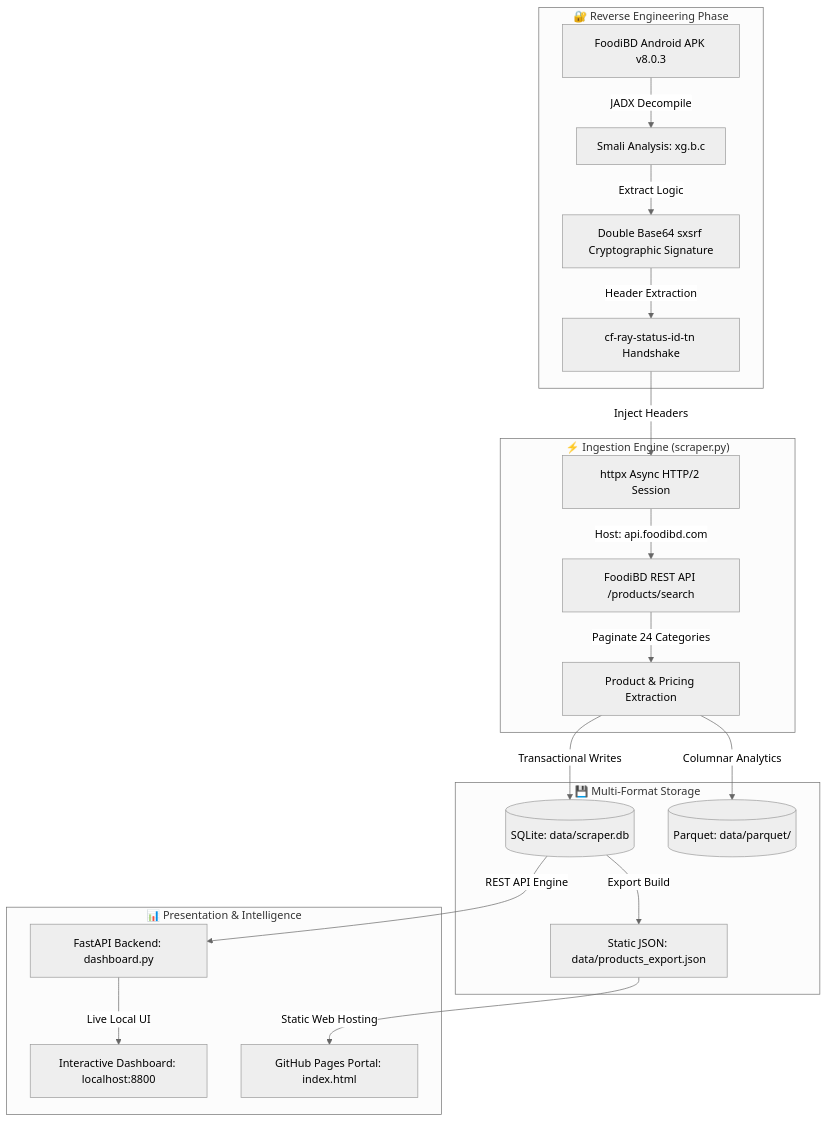
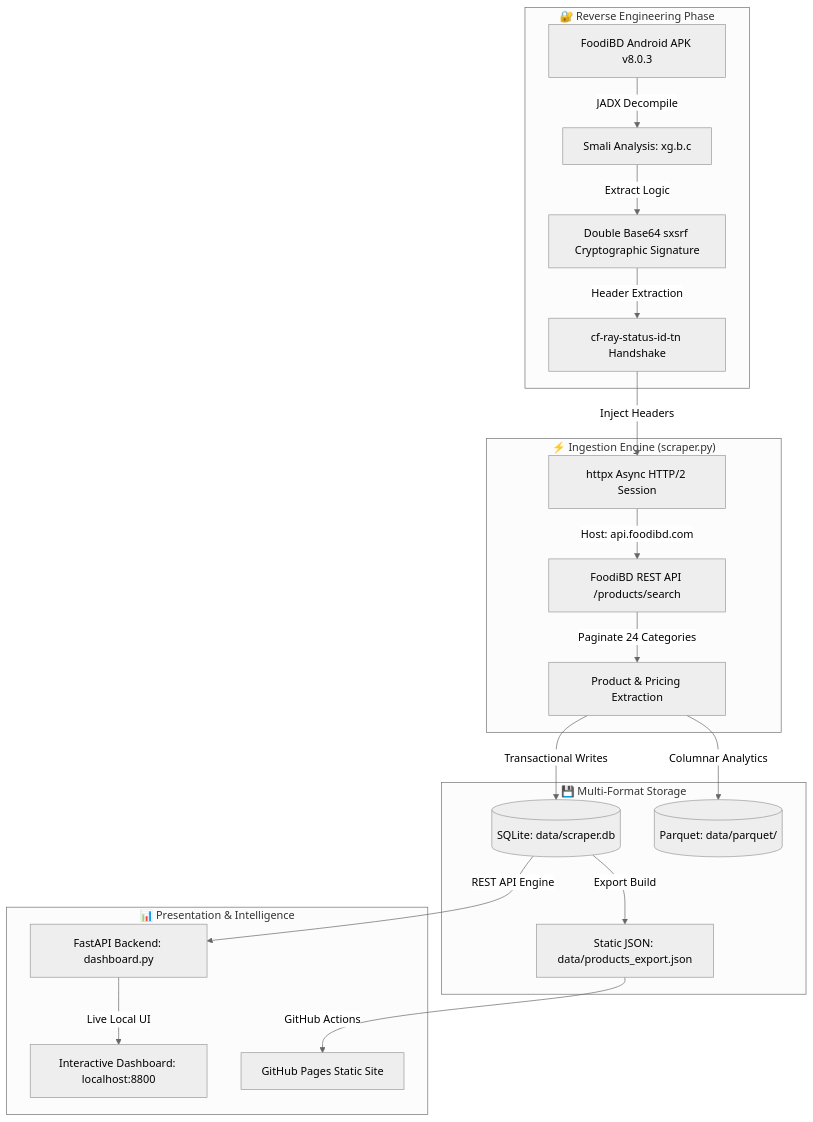
The diagram in README.md (ranehal/FooDIE-mart-Analytics), drawn with Mermaid (neutral theme) before and after one commit. The commit also changed other lines of this file, not shown here.

````diff
--- a/README.md
+++ b/README.md
@@ -38,26 +35,26 @@
 ```mermaid
 flowchart TD
     subgraph APK_Reverse_Engineering ["🔐 Reverse Engineering Phase"]
         A[FoodiBD Android APK v8.0.3] -->|JADX Decompile| B[Smali Analysis: xg.b.c]
         B -->|Extract Logic| C[Double Base64 sxsrf Cryptographic Signature]
         C -->|Header Extraction| D[cf-ray-status-id-tn Handshake]
     end
 
     subgraph Data_Ingestion ["⚡ Ingestion Engine (scraper.py)"]
         D -->|Inject Headers| E[httpx Async HTTP/2 Session]
         E -->|Host: api.foodibd.com| F[FoodiBD REST API /products/search]
         F -->|Paginate 24 Categories| G[Product & Pricing Extraction]
     end
 
     subgraph Storage_Pipeline ["💾 Multi-Format Storage"]
         G -->|Transactional Writes| H[(SQLite: data/scraper.db)]
         G -->|Columnar Analytics| I[(Parquet: data/parquet/)]
         H -->|Export Build| J[Static JSON: data/products_export.json]
     end
 
     subgraph Presentation_Layer ["📊 Presentation & Intelligence"]
         H -->|REST API Engine| K[FastAPI Backend: dashboard.py]
         K -->|Live Local UI| L[Interactive Dashboard: localhost:8800]
-        J -->|Static Web Hosting| M[GitHub Pages Portal: index.html]
+        J -->|GitHub Actions| M[GitHub Pages Static Site]
     end
 ```
````
